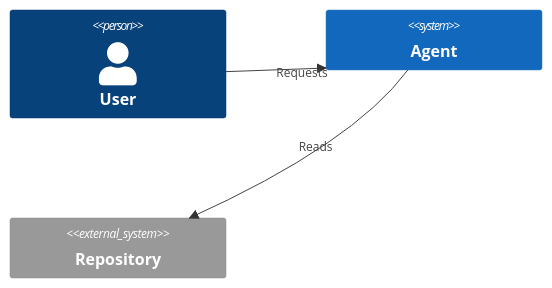
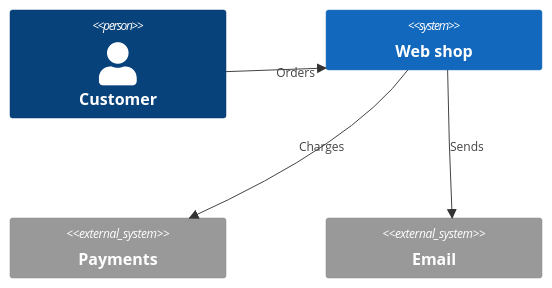
The diagram in examples/c4.mmd (apresmoi/glyphcss-diagrams), drawn with Mermaid before and after one commit. The commit also changed 25 other files, not shown here.

Commit message:
docs: give state, class, ER, C4 and git history tiles distinct shapes, quote radar labels and rebuild on main

```diff
--- a/examples/c4.mmd
+++ b/examples/c4.mmd
@@ -1,6 +1,8 @@
 C4Context
-  Person(user, "User")
-  System(agent, "Agent")
-  System_Ext(repo, "Repository")
-  Rel(user, agent, "Requests")
-  Rel(agent, repo, "Reads")
+  Person(user, "Customer")
+  System(shop, "Web shop")
+  System_Ext(pay, "Payments")
+  System_Ext(mail, "Email")
+  Rel(user, shop, "Orders")
+  Rel(shop, pay, "Charges")
+  Rel(shop, mail, "Sends")
```
